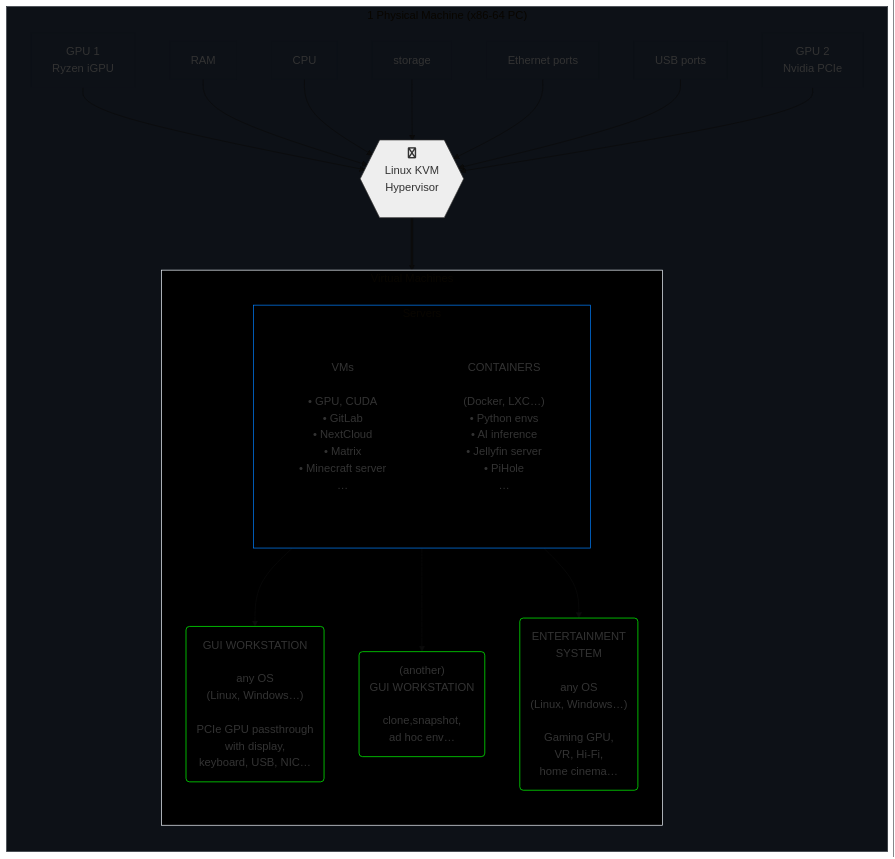
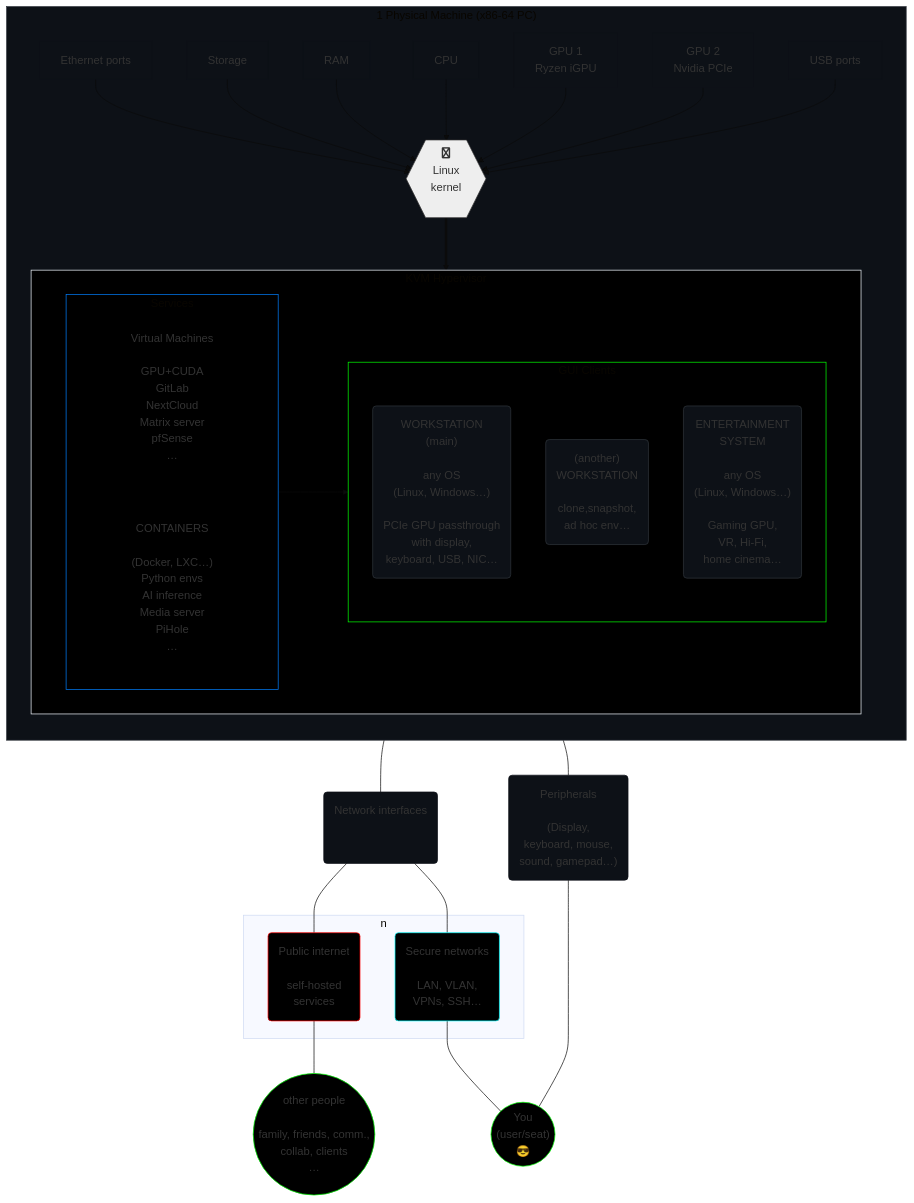
The diagram in README.md (agenkit/GHost), drawn with Mermaid (base theme) before and after one commit.

````diff
--- a/README.md
+++ b/README.md
@@ -26,31 +26,52 @@
    subgraph p["1 Physical Machine (x86-64 PC)"]
       direction TB
 
-      pgpu1["GPU 1<br>Ryzen iGPU"] --> h
+      pnet["Ethernet ports"] --> h
+      pstor["Storage<br>"] --> h
       pmem["RAM<br>"] --> h
       pcpu["CPU<br>"] --> h
-      pstor["storage<br>"] --> h
-      pnet["Ethernet ports"] --> h
+      pgpu1["GPU 1<br>Ryzen iGPU"] --> h
+      pgpu2["GPU 2<br>Nvidia PCIe"] --> h
       pusb["USB ports"] --> h
-      pgpu2["GPU 2<br>Nvidia PCIe"] --> h
-      h{{fa:fa-linux<br>Linux KVM<br>Hypervisor<br><br>}}
+      h{{"fa:fa-linux<br>Linux<br>kernel<br><br>"}}
 
       h ==> v
 
-      subgraph v["Virtual Machines"]
-         direction TB
+      subgraph v["KVM Hypervisor"]
+         direction LR
 
-         g("GUI WORKSTATION<br><br>any OS<br>(Linux, Windows…)<br><br>PCIe GPU passthrough<br>with display,<br>keyboard, USB, NIC…")
-         gn("(another)<br>GUI WORKSTATION<br><br>clone,snapshot,<br>ad hoc env…")
+         subgraph s["Services"]
+            direction LR
+            vsrv["Virtual Machines<br><br>GPU+CUDA<br>GitLab<br>NextCloud<br>Matrix server<br>pfSense<br>…"]
+            cont["CONTAINERS<br><br>(Docker, LXC…)<br>Python envs<br>AI inference<br>Media server<br>PiHole<br>…"]
+         end
+
+         subgraph g["GUI Clients"]
+            direction TB
+         gw("WORKSTATION<br>(main)<br><br>any OS<br>(Linux, Windows…)<br><br>PCIe GPU passthrough<br>with display,<br>keyboard, USB, NIC…")
+         gn("(another)<br>WORKSTATION<br><br>clone,snapshot,<br>ad hoc env…")
          gg("ENTERTAINMENT<br>SYSTEM<br><br>any OS<br>(Linux, Windows…)<br><br>Gaming GPU,<br>VR, Hi-Fi, <br>home cinema…")
-         subgraph s["Servers"]
-            direction TB
-            vsrv["VMs<br><br>• GPU, CUDA<br>• GitLab<br>• NextCloud<br>• Matrix<br>• Minecraft server<br>…"]
-            cont["CONTAINERS<br><br>(Docker, LXC…)<br>• Python envs<br>• AI inference<br>• Jellyfin server<br>• PiHole<br>…"]
          end
-         s --> g & gn & gg
+         s --> g
       end
    end
+
+net("Network interfaces<br><br><br>")
+
+subgraph n
+   pn("Public internet<br><br>self-hosted<br>services")
+   sn("Secure networks<br><br>LAN, VLAN,<br>VPNs, SSH…")
+end
+
+net --- pn & sn
+pn --- o(("other people<br><br>family, friends, comm.,<br>collab, clients<br>…"))
+sn --- you
+
+uip("Peripherals<br><br>(Display,<br>keyboard, mouse,<br>sound, gamepad…)")
+p --- net
+p --- uip ---- you(("You<br>(user/seat)<br>😎"))
+
+
 
 p:::main
 v:::wht
@@ -64,16 +85,25 @@
 pgpu2:::tr1
 s:::blu
 g:::grn
-gn:::grn
-gg:::grn
+gw:::main
+gn:::main
+gg:::main
 vsrv:::tr2
 cont:::tr2
+uip:::tr1
+net:::tr1
+
+sn:::cyan
+pn:::red
+o:::grn
+you:::grn
 classDef main fill:#0d1117,stroke:#30363c
 classDef tr1 fill:#0d1117,stroke:#0d1117
 classDef tr2 fill:#000,stroke:#000
 classDef wht fill:#000,stroke:#f0f6fc
-classDef red fill:#000,stroke:#f00
+classDef cyan fill:#000,stroke:#0ff
 classDef blu fill:#000,stroke:#007FFF
 classDef lit fill:#eee,stroke:#333,color:#333
 classDef grn fill:#000,stroke:#0f0
+classDef red fill:#000,stroke:#f00
 ```
````
